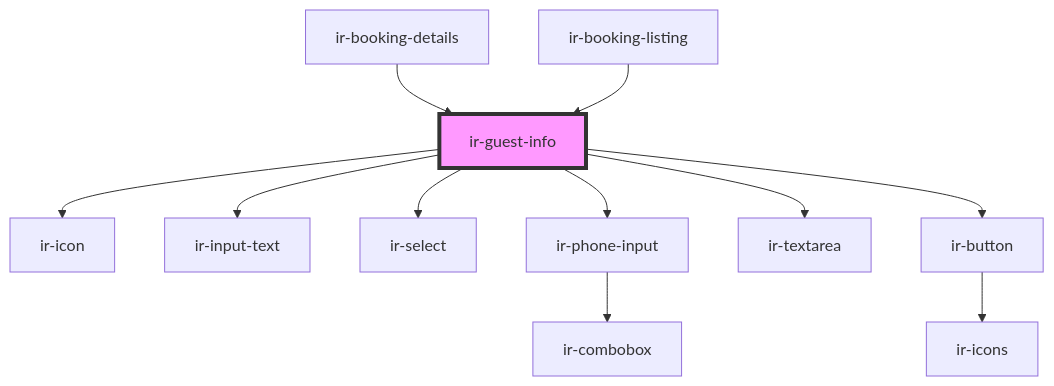
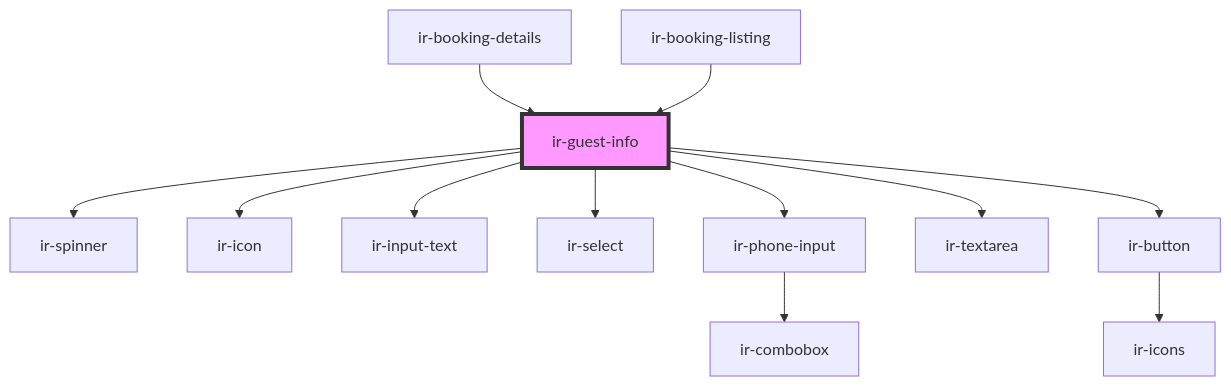
One commit to David1Chowaifaty/modified-ir-webcmp changed the diagram in src/components/ir-guest-info/readme.md. Above: the diagram before and after it, drawn with Mermaid. The commit also changed other lines of this file and 28 other files, not shown here.

````diff
--- a/src/components/ir-guest-info/readme.md
+++ b/src/components/ir-guest-info/readme.md
@@ -44,14 +46,15 @@
 ```mermaid
 graph TD;
+  ir-guest-info --> ir-spinner
   ir-guest-info --> ir-icon
   ir-guest-info --> ir-input-text
   ir-guest-info --> ir-select
   ir-guest-info --> ir-phone-input
   ir-guest-info --> ir-textarea
   ir-guest-info --> ir-button
   ir-phone-input --> ir-combobox
   ir-button --> ir-icons
   ir-booking-details --> ir-guest-info
   ir-booking-listing --> ir-guest-info
   style ir-guest-info fill:#f9f,stroke:#333,stroke-width:4px
 ```
````
